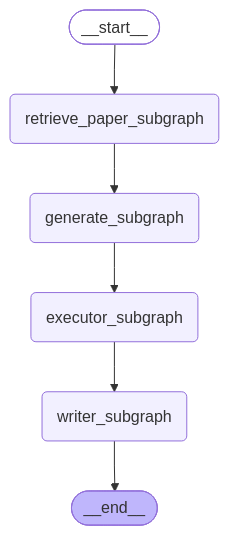
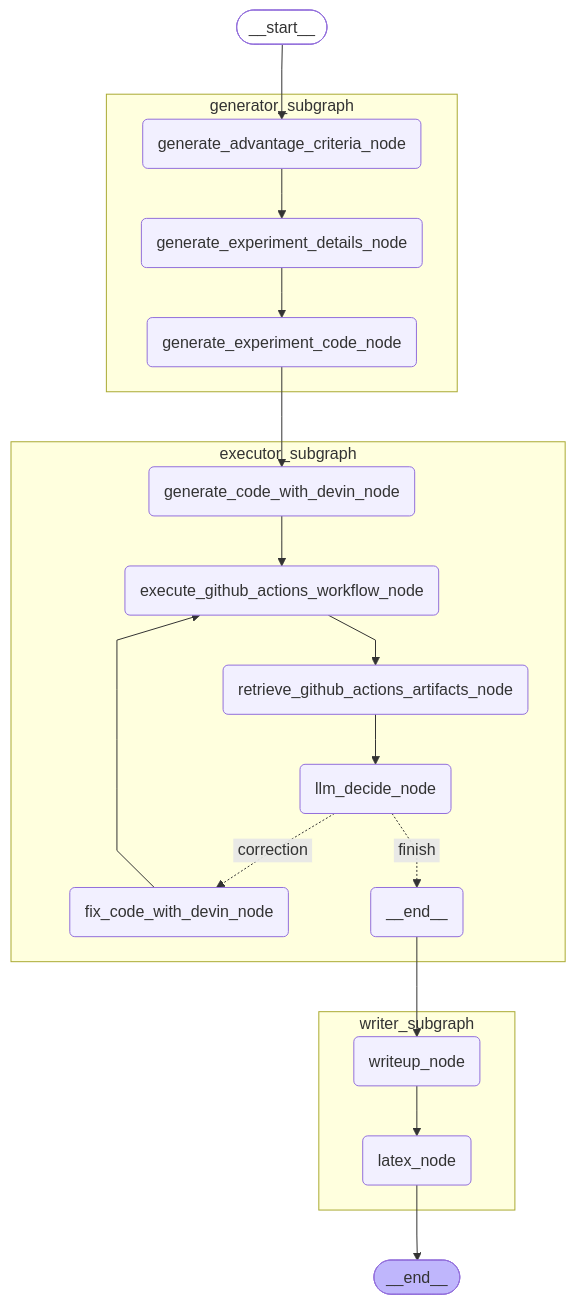
The first of 5 diagrams in README.md (auto-res/researchgraph), drawn with Mermaid before and after one commit. The commit also changed 4 other files, not shown here.

````diff
--- a/README.md
+++ b/README.md
@@ -16,18 +16,39 @@
 ```mermaid
 %%{init: {'flowchart': {'curve': 'linear'}}}%%
 graph TD;
         __start__([<p>__start__</p>]):::first
-        retrieve_paper_subgraph(retrieve_paper_subgraph)
-        generate_subgraph(generate_subgraph)
-        executor_subgraph(executor_subgraph)
-        writer_subgraph(writer_subgraph)
+        generator_subgraph_generate_advantage_criteria_node(generate_advantage_criteria_node)
+        generator_subgraph_generate_experiment_details_node(generate_experiment_details_node)
+        generator_subgraph_generate_experiment_code_node(generate_experiment_code_node)
+        executor_subgraph_generate_code_with_devin_node(generate_code_with_devin_node)
+        executor_subgraph_execute_github_actions_workflow_node(execute_github_actions_workflow_node)
+        executor_subgraph_retrieve_github_actions_artifacts_node(retrieve_github_actions_artifacts_node)
+        executor_subgraph_llm_decide_node(llm_decide_node)
+        executor_subgraph_fix_code_with_devin_node(fix_code_with_devin_node)
+        executor_subgraph___end__(<p>__end__</p>)
+        writer_subgraph_writeup_node(writeup_node)
+        writer_subgraph_latex_node(latex_node)
         __end__([<p>__end__</p>]):::last
-        __start__ --> retrieve_paper_subgraph;
-        executor_subgraph --> writer_subgraph;
-        generate_subgraph --> executor_subgraph;
-        retrieve_paper_subgraph --> generate_subgraph;
-        writer_subgraph --> __end__;
+        __start__ --> generator_subgraph_generate_advantage_criteria_node;
+        executor_subgraph___end__ --> writer_subgraph_writeup_node;
+        generator_subgraph_generate_experiment_code_node --> executor_subgraph_generate_code_with_devin_node;
+        writer_subgraph_latex_node --> __end__;
+        subgraph generator_subgraph
+        generator_subgraph_generate_advantage_criteria_node --> generator_subgraph_generate_experiment_details_node;
+        generator_subgraph_generate_experiment_details_node --> generator_subgraph_generate_experiment_code_node;
+        end
+        subgraph executor_subgraph
+        executor_subgraph_execute_github_actions_workflow_node --> executor_subgraph_retrieve_github_actions_artifacts_node;
+        executor_subgraph_fix_code_with_devin_node --> executor_subgraph_execute_github_actions_workflow_node;
+        executor_subgraph_generate_code_with_devin_node --> executor_subgraph_execute_github_actions_workflow_node;
+        executor_subgraph_retrieve_github_actions_artifacts_node --> executor_subgraph_llm_decide_node;
+        executor_subgraph_llm_decide_node -. &nbsp;correction&nbsp; .-> executor_subgraph_fix_code_with_devin_node;
+        executor_subgraph_llm_decide_node -. &nbsp;finish&nbsp; .-> executor_subgraph___end__;
+        end
+        subgraph writer_subgraph
+        writer_subgraph_writeup_node --> writer_subgraph_latex_node;
+        end
         classDef default fill:#f2f0ff,line-height:1.2
         classDef first fill-opacity:0
         classDef last fill:#bfb6fc
 ```
````
